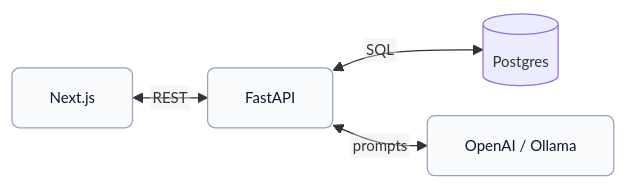
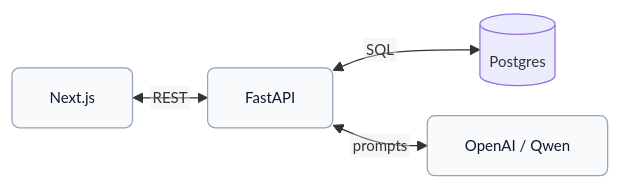
Before and after one commit to asiftauhid/covanant-compliance: the first of 3 diagrams in README.md, drawn with Mermaid. The commit also changed other lines of this file and 1 other file, not shown here.

````diff
--- a/README.md
+++ b/README.md
@@ -23,15 +23,15 @@
 ```mermaid
 %%{init: {"flowchart": {"htmlLabels": false, "nodeSpacing": 24, "rankSpacing": 28}, "themeVariables": {"fontSize": "12px"}}}%%
 flowchart LR
   UI["Next.js"]
   API["FastAPI"]
   DB[("Postgres")]
-  LLM["OpenAI / Ollama"]
+  LLM["OpenAI / Qwen"]
 
   UI <-->|"REST"| API
   API <-->|"SQL"| DB
   API <-->|"prompts"| LLM
 
   classDef box fill:#f8fafc,stroke:#94a3b8,color:#0f172a,rx:6,ry:6
   class UI,API,LLM box
 ```
````
